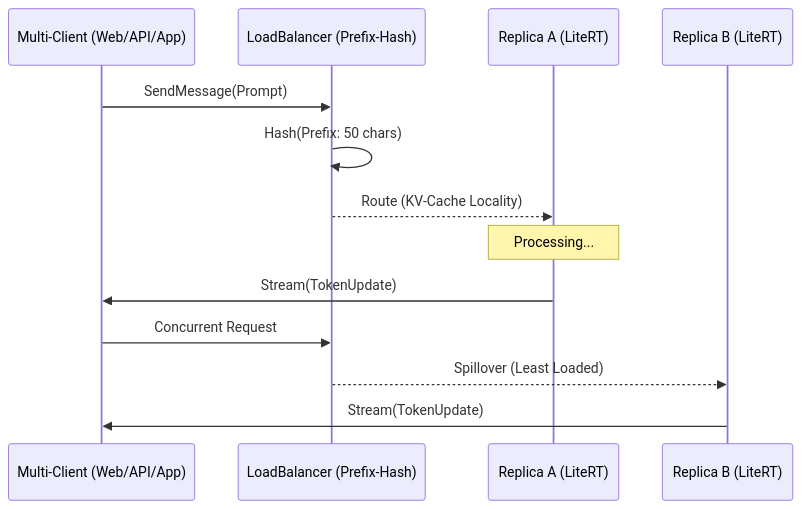
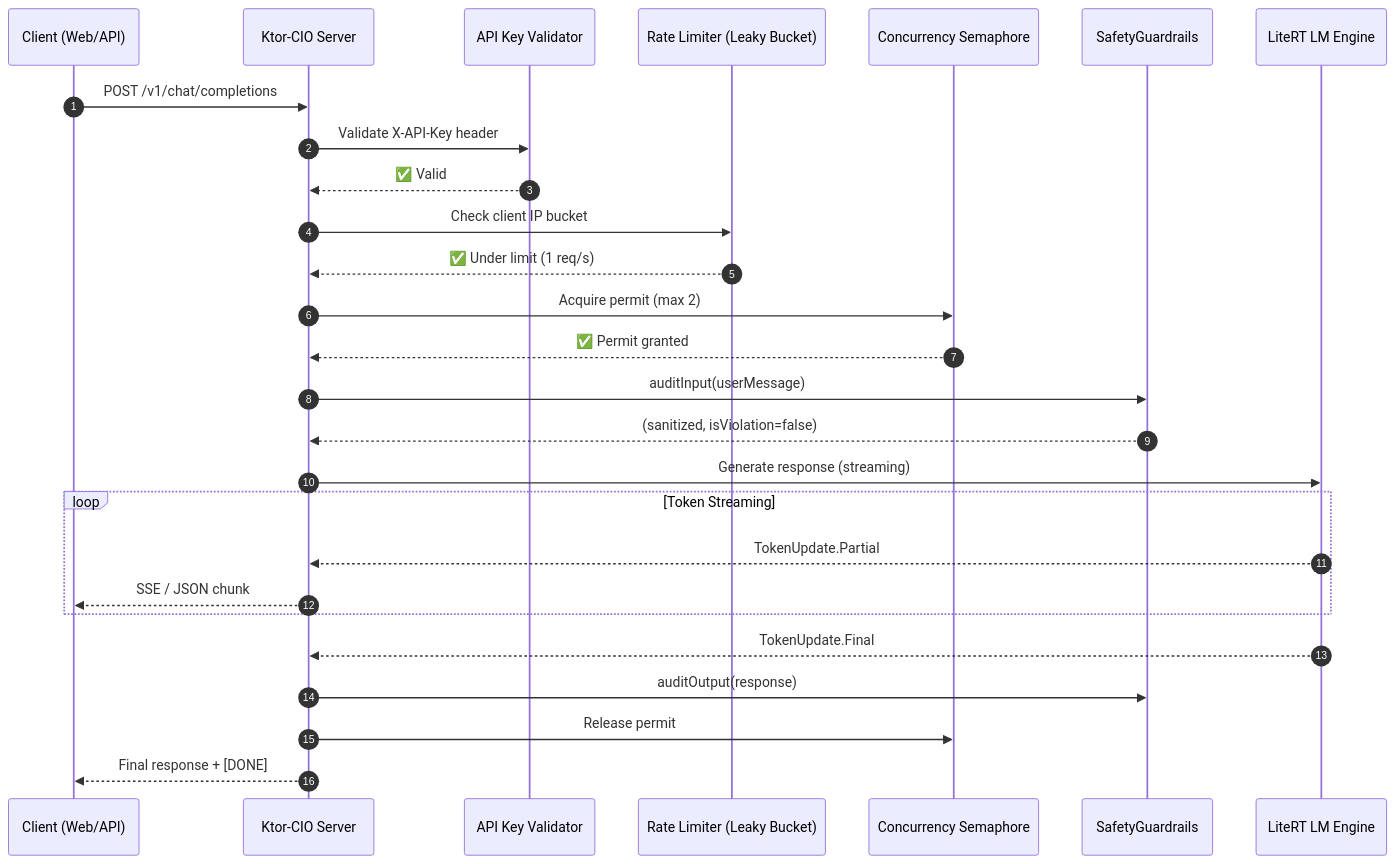
The second of 2 diagrams in FAQSheet.md (kallolchakraborty/Chhanda-AI), drawn with Mermaid before and after one commit. The commit also changed other lines of this file and 23 other files, not shown here.

````diff
--- a/FAQSheet.md
+++ b/FAQSheet.md
@@ -88,17 +183,33 @@
 ```mermaid
 sequenceDiagram
-    participant User as Multi-Client (Web/API/App)
-    participant LB as LoadBalancer (Prefix-Hash)
-    participant Replica1 as Replica A (LiteRT)
-    participant Replica2 as Replica B (LiteRT)
+    autonumber
+    participant C as Client (Web/API)
+    participant K as Ktor-CIO Server
+    participant A as API Key Validator
+    participant R as Rate Limiter (Leaky Bucket)
+    participant S as Concurrency Semaphore
+    participant SG as SafetyGuardrails
+    participant LLM as LiteRT LM Engine
 
-    User->>LB: SendMessage(Prompt)
-    LB->>LB: Hash(Prefix: 50 chars)
-    LB-->>Replica1: Route (KV-Cache Locality)
-    Note over Replica1: Processing...
-    Replica1->>User: Stream(TokenUpdate)
-    
-    User->>LB: Concurrent Request
-    LB-->>Replica2: Spillover (Least Loaded)
-    Replica2->>User: Stream(TokenUpdate)
+    C->>K: POST /v1/chat/completions
+    K->>A: Validate X-API-Key header
+    A-->>K: ✅ Valid
+    K->>R: Check client IP bucket
+    R-->>K: ✅ Under limit (1 req/s)
+    K->>S: Acquire permit (max 2)
+    S-->>K: ✅ Permit granted
+
+    K->>SG: auditInput(userMessage)
+    SG-->>K: (sanitized, isViolation=false)
+    K->>LLM: Generate response (streaming)
+
+    loop Token Streaming
+        LLM-->>K: TokenUpdate.Partial
+        K-->>C: SSE / JSON chunk
+    end
+
+    LLM-->>K: TokenUpdate.Final
+    K->>SG: auditOutput(response)
+    K->>S: Release permit
+    K-->>C: Final response + [DONE]
 ```
````
